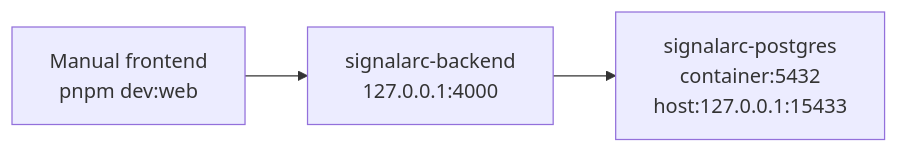
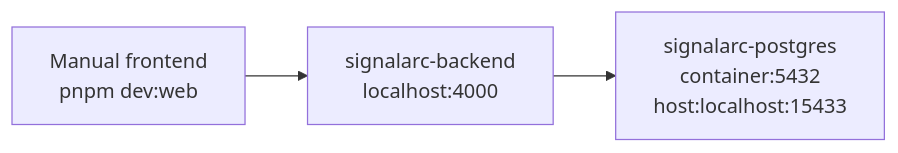
Before and after one commit to wahyu241205/SignalArc: the second of 2 diagrams in docs/ARCHITECTURE.md, drawn with Mermaid. The commit also changed 2 other files, not shown here.

Commit message:
clean public docs loopback references

````diff
--- a/docs/ARCHITECTURE.md
+++ b/docs/ARCHITECTURE.md
@@ -90,5 +90,5 @@
 ```mermaid
 flowchart LR
-  Frontend["Manual frontend<br/>pnpm dev:web"] --> Backend["signalarc-backend<br/>127.0.0.1:4000"]
-  Backend --> DB["signalarc-postgres<br/>container:5432<br/>host:127.0.0.1:15433"]
+  Frontend["Manual frontend<br/>pnpm dev:web"] --> Backend["signalarc-backend<br/>localhost:4000"]
+  Backend --> DB["signalarc-postgres<br/>container:5432<br/>host:localhost:15433"]
 ```
````
